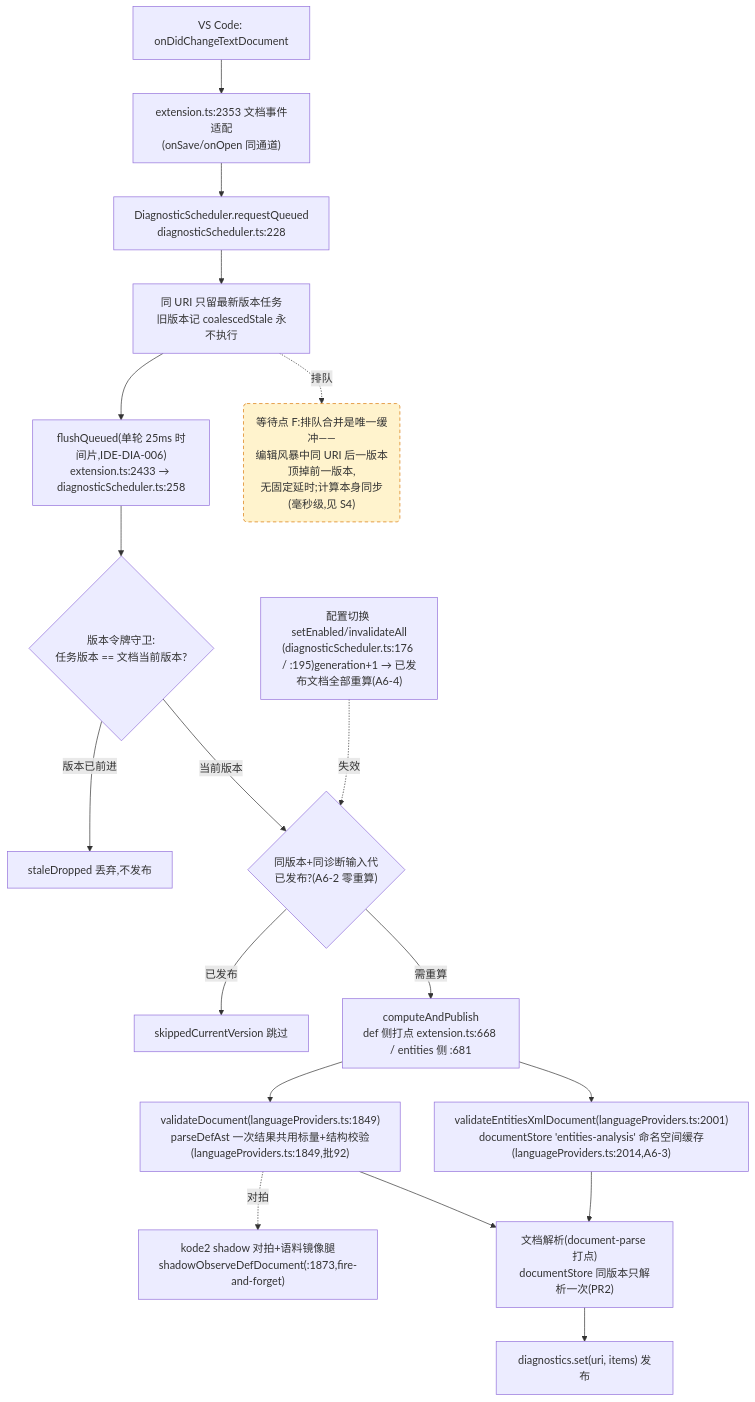
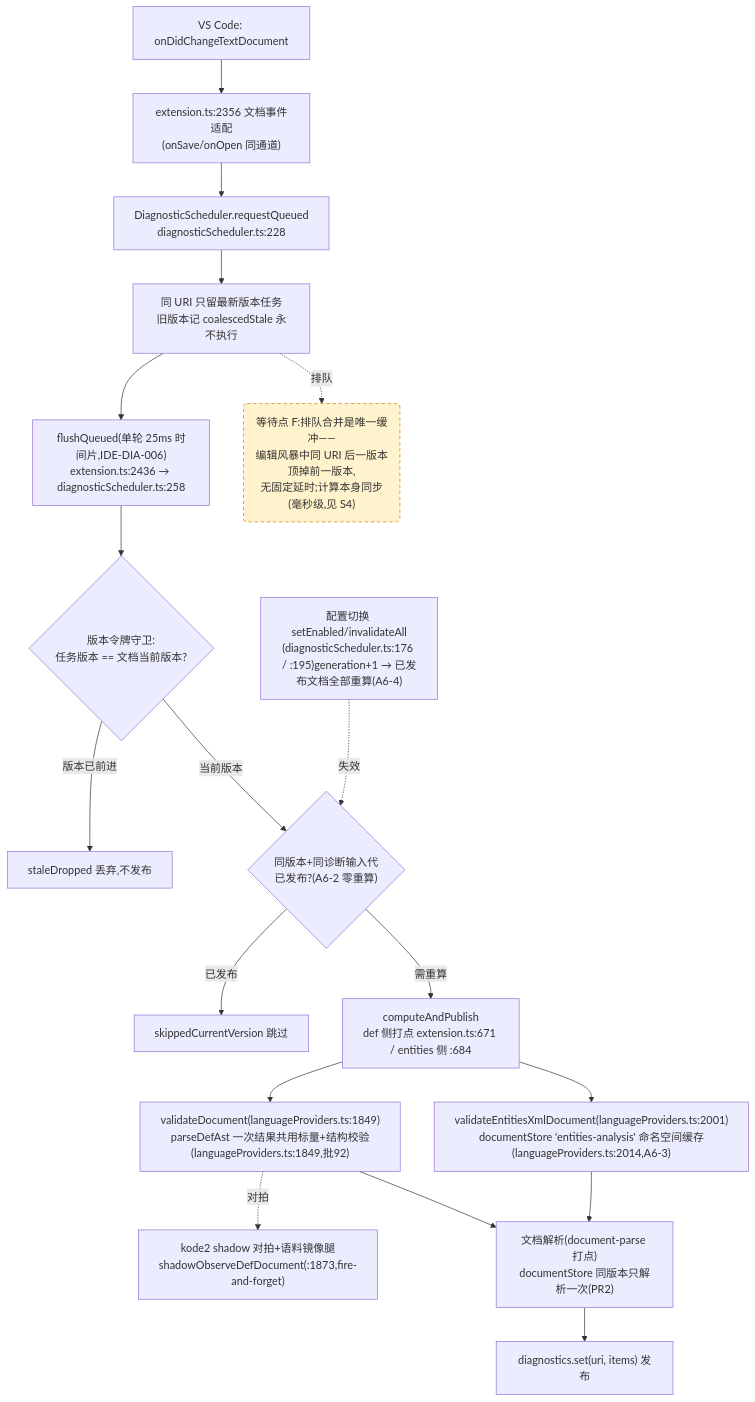
Before and after one commit to cuihairu/kode: the fourth of 4 diagrams in docs/perf/2026-baseline.md, drawn with Mermaid. The commit also changed other lines of this file and 22 other files, not shown here.

````diff
--- a/docs/perf/2026-baseline.md
+++ b/docs/perf/2026-baseline.md
@@ -214,38 +214,38 @@
 ```mermaid
 flowchart TD
   CHG["VS Code: onDidChangeTextDocument"]
-  WATCH["extension.ts:2353 文档事件适配<br/>(onSave/onOpen 同通道)"]
+  WATCH["extension.ts:2356 文档事件适配<br/>(onSave/onOpen 同通道)"]
   RQ["DiagnosticScheduler.requestQueued<br/>diagnosticScheduler.ts:228"]
   CO["同 URI 只留最新版本任务<br/>旧版本记 coalescedStale 永不执行"]
-  FL["flushQueued(单轮 25ms 时间片,IDE-DIA-006)<br/>extension.ts:2433 → diagnosticScheduler.ts:258"]
+  FL["flushQueued(单轮 25ms 时间片,IDE-DIA-006)<br/>extension.ts:2436 → diagnosticScheduler.ts:258"]
   VG{"版本令牌守卫:<br/>任务版本 == 文档当前版本?"}
   DROP["staleDropped 丢弃,不发布"]
   GEN{"同版本+同诊断输入代<br/>已发布?(A6-2 零重算)"}
   SKIP["skippedCurrentVersion 跳过"]
-  CALC["computeAndPublish<br/>def 侧打点 extension.ts:668 / entities 侧 :681"]
+  CALC["computeAndPublish<br/>def 侧打点 extension.ts:671 / entities 侧 :684"]
   VD["validateDocument(languageProviders.ts:1849)<br/>parseDefAst 一次结果共用标量+结构校验(languageProviders.ts:1849,批92)"]
   VEX["validateEntitiesXmlDocument(languageProviders.ts:2001)<br/>documentStore 'entities-analysis' 命名空间缓存(languageProviders.ts:2014,A6-3)"]
   SHDD["kode2 shadow 对拍+语料镜像腿<br/>shadowObserveDefDocument(:1873,fire-and-forget)"]
   DS["文档解析(document-parse 打点)<br/>documentStore 同版本只解析一次(PR2)"]
   PUB["diagnostics.set(uri, items) 发布"]
   CFG2["配置切换 setEnabled/invalidateAll<br/>(diagnosticScheduler.ts:176 / :195)generation+1 → 已发布文档全部重算(A6-4)"]
 
   CHG --> WATCH --> RQ --> CO --> FL --> VG
   VG -- "版本已前进" --> DROP
   VG -- "当前版本" --> GEN
   GEN -- "已发布" --> SKIP
   GEN -- "需重算" --> CALC
   CALC --> VD
   CALC --> VEX
   VD --> DS
   VEX --> DS
   DS --> PUB
   VD -.->|对拍| SHDD
   CFG2 -.->|失效| GEN
 
   WAITF("等待点 F:排队合并是唯一缓冲——<br/>编辑风暴中同 URI 后一版本顶掉前一版本,<br/>无固定延时;计算本身同步(毫秒级,见 S4)")
   CO -.->|排队| WAITF
 
   classDef waitPoint fill:#fff3cd,stroke:#d97706,stroke-dasharray:5 4;
   class WAITF waitPoint;
 ```
````
